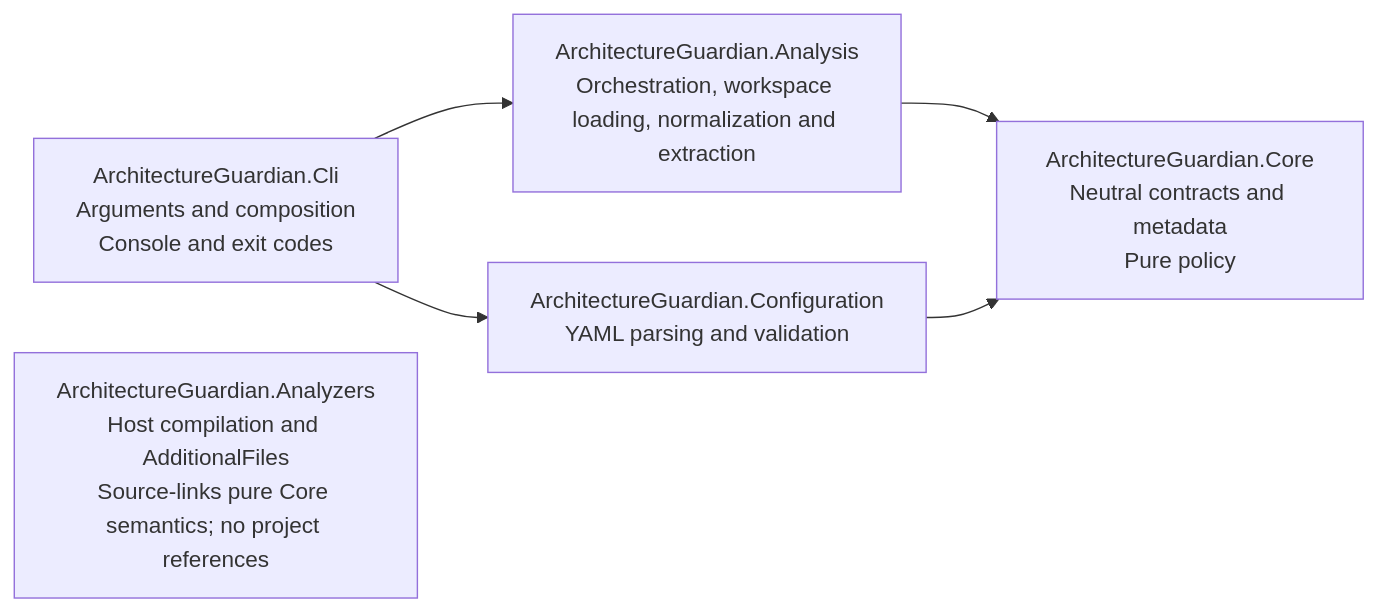
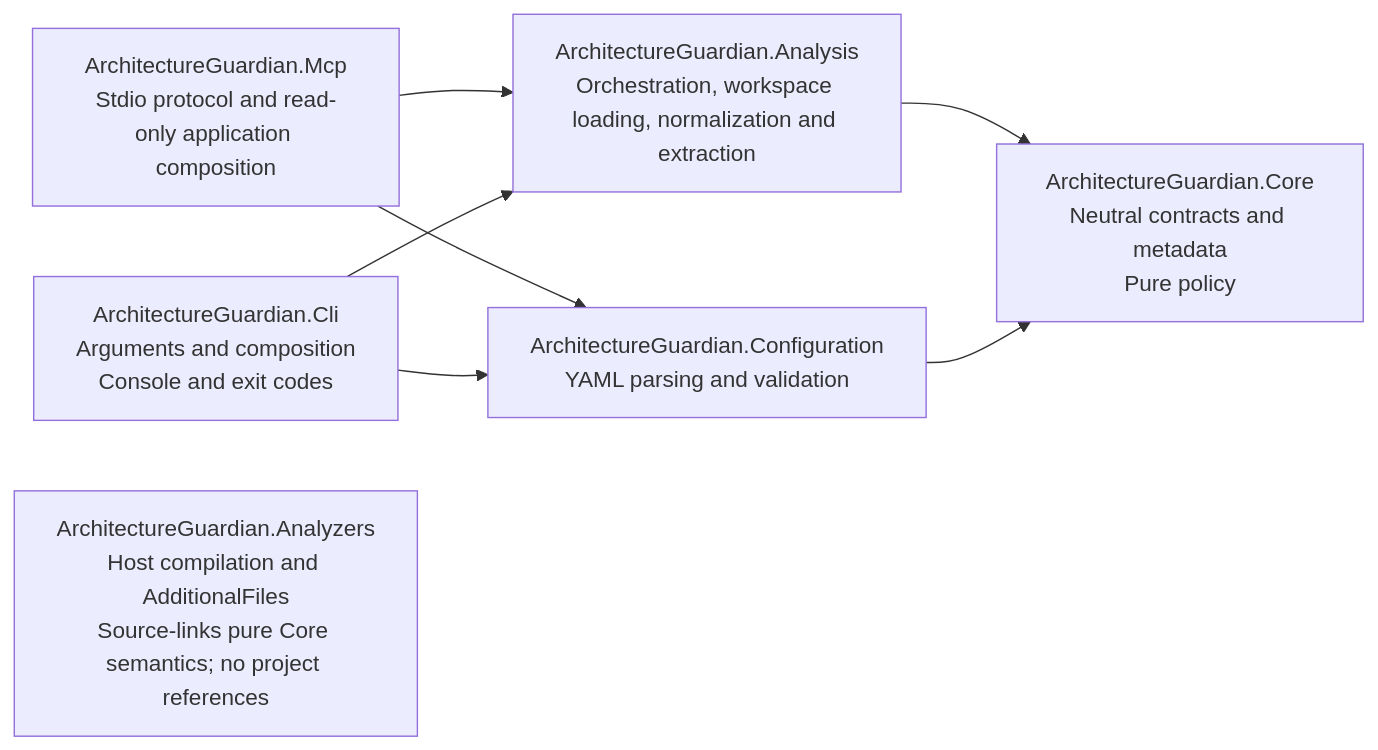
Before and after one commit to kbourzayq/arch-guard: the first of 3 diagrams in docs/architecture/overview.md, drawn with Mermaid. The commit also changed other lines of this file and 20 other files, not shown here.

First line of the commit message:
feat(mcp): add read-only stdio server

````diff
--- a/docs/architecture/overview.md
+++ b/docs/architecture/overview.md
@@ -32,13 +33,16 @@
 ```mermaid
 flowchart LR
     Cli["ArchitectureGuardian.Cli<br/>Arguments and composition<br/>Console and exit codes"]
     Analysis["ArchitectureGuardian.Analysis<br/>Orchestration, workspace loading, normalization and extraction"]
     Core["ArchitectureGuardian.Core<br/>Neutral contracts and metadata<br/>Pure policy"]
     Configuration["ArchitectureGuardian.Configuration<br/>YAML parsing and validation"]
 
+    Mcp["ArchitectureGuardian.Mcp<br/>Stdio protocol and read-only application composition"]
+    Mcp --> Analysis
+    Mcp --> Configuration
     Cli --> Analysis
     Cli --> Configuration
     Analysis --> Core
     Configuration --> Core
     Analyzers["ArchitectureGuardian.Analyzers<br/>Host compilation and AdditionalFiles<br/>Source-links pure Core semantics; no project references"]
 ```
````
